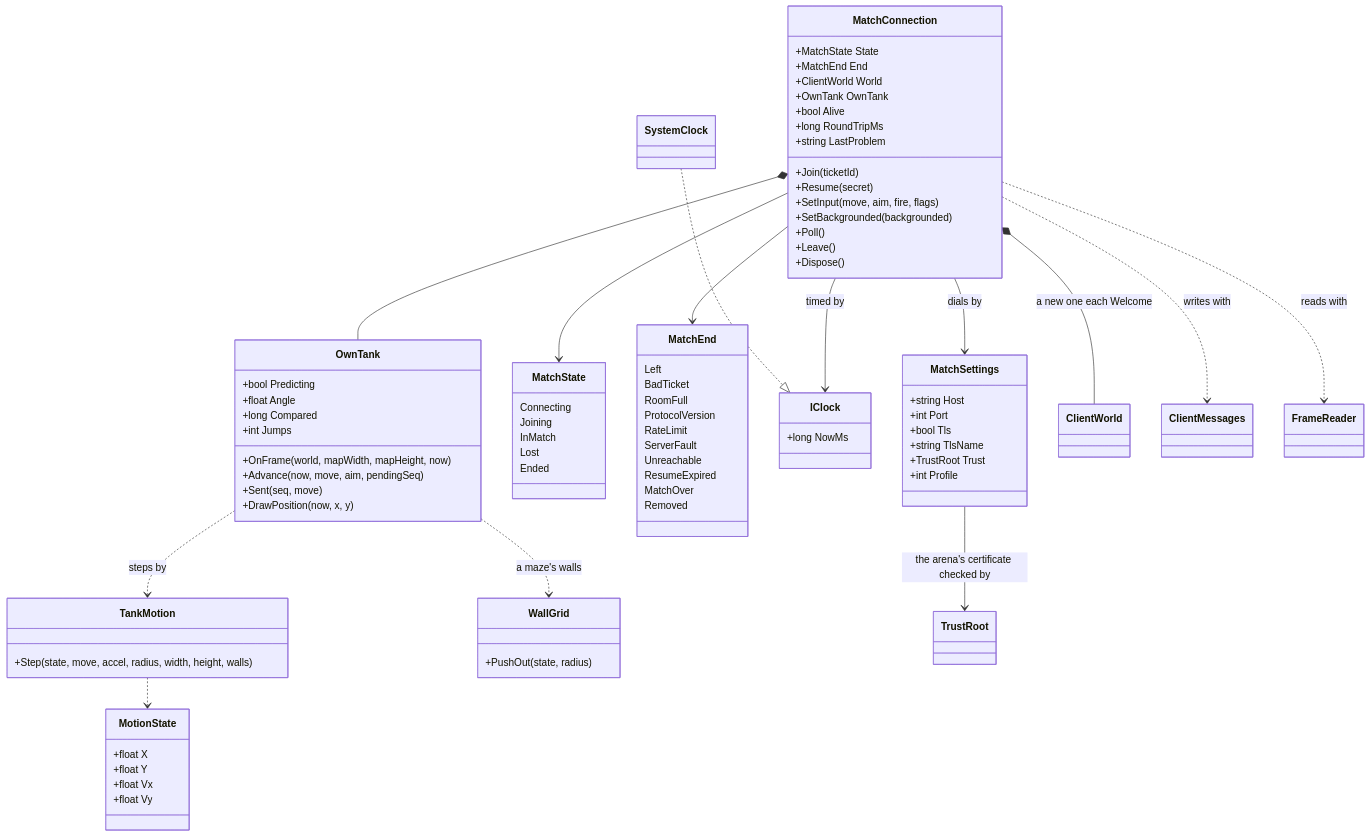
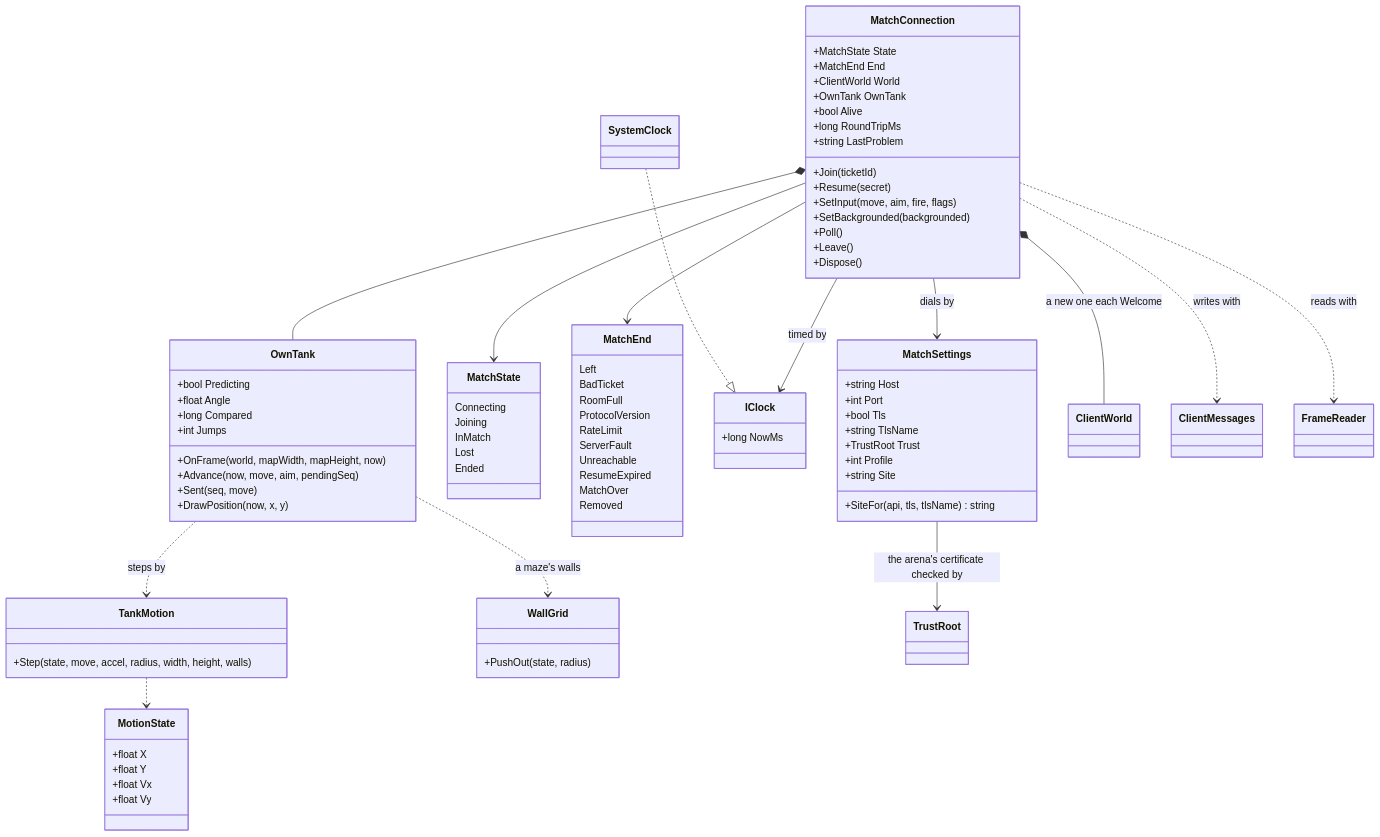
Before and after one commit to greensoft-atom/depio-simulation-platform: the second of 13 diagrams in docs/diagrams/06-client.md, drawn with Mermaid. The commit also changed other lines of this file and 64 other files, not shown here.

```diff
--- a/docs/diagrams/06-client.md
+++ b/docs/diagrams/06-client.md
@@ -153,6 +154,8 @@
         +string TlsName
         +TrustRoot Trust
         +int Profile
+        +string Site
+        +SiteFor(api, tls, tlsName) string
     }
     class MatchState {
         Connecting
```
